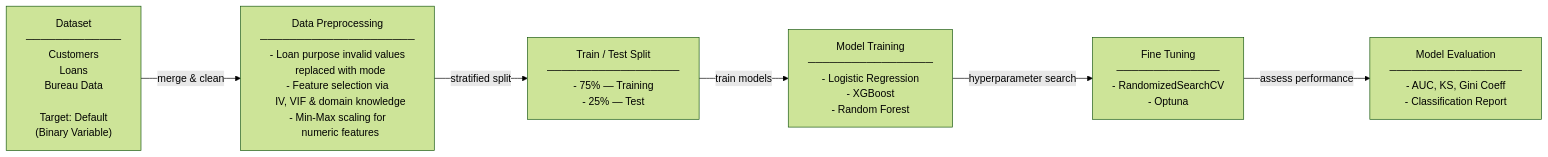
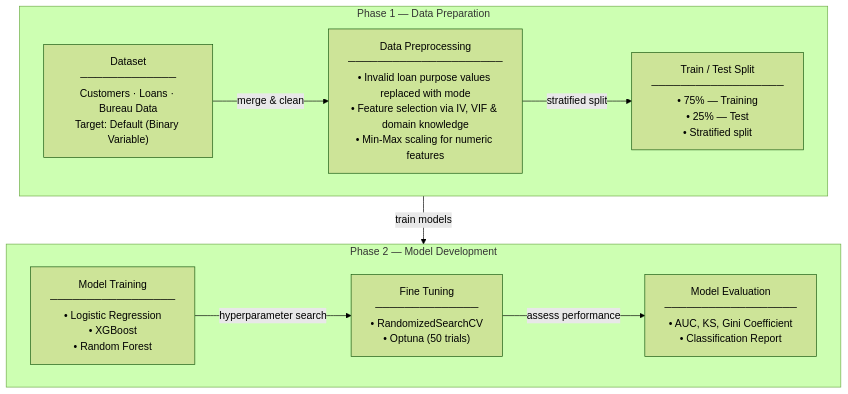
One commit to GeekSomesh/Vox-Credit-Risk-Modelling changed the diagram in README.md. Above: the diagram before and after it, drawn with Mermaid (forest theme).

Commit message:
readme updates

````diff
--- a/README.md
+++ b/README.md
@@ -58,15 +58,20 @@
 ```mermaid
-flowchart LR
-    A["Dataset\n─────────────\nCustomers\nLoans\nBureau Data\n\nTarget: Default\n(Binary Variable)"]
-    B["Data Preprocessing\n─────────────────────\n- Loan purpose invalid values\n  replaced with mode\n- Feature selection via\n  IV, VIF & domain knowledge\n- Min-Max scaling for\n  numeric features"]
-    C["Train / Test Split\n──────────────────\n- 75% — Training\n- 25% — Test"]
-    D["Model Training\n─────────────────\n- Logistic Regression\n- XGBoost\n- Random Forest"]
-    E["Fine Tuning\n──────────────\n- RandomizedSearchCV\n- Optuna"]
-    F["Model Evaluation\n──────────────────\n- AUC, KS, Gini Coeff\n- Classification Report"]
+flowchart TD
+    subgraph phase1["Phase 1 — Data Preparation"]
+        direction LR
+        A["Dataset\n─────────────\nCustomers · Loans · Bureau Data\nTarget: Default (Binary Variable)"]
+        B["Data Preprocessing\n─────────────────────\n• Invalid loan purpose values replaced with mode\n• Feature selection via IV, VIF & domain knowledge\n• Min-Max scaling for numeric features"]
+        C["Train / Test Split\n──────────────────\n• 75% — Training\n• 25% — Test\n• Stratified split"]
+        A -->|merge & clean| B -->|stratified split| C
+    end
 
-    A -->|merge & clean| B
-    B -->|stratified split| C
-    C -->|train models| D
-    D -->|hyperparameter search| E
-    E -->|assess performance| F
+    subgraph phase2["Phase 2 — Model Development"]
+        direction LR
+        D["Model Training\n─────────────────\n• Logistic Regression\n• XGBoost\n• Random Forest"]
+        E["Fine Tuning\n──────────────\n• RandomizedSearchCV\n• Optuna (50 trials)"]
+        F["Model Evaluation\n──────────────────\n• AUC, KS, Gini Coefficient\n• Classification Report"]
+        D -->|hyperparameter search| E -->|assess performance| F
+    end
+
+    phase1 -->|train models| phase2
 ```
````
